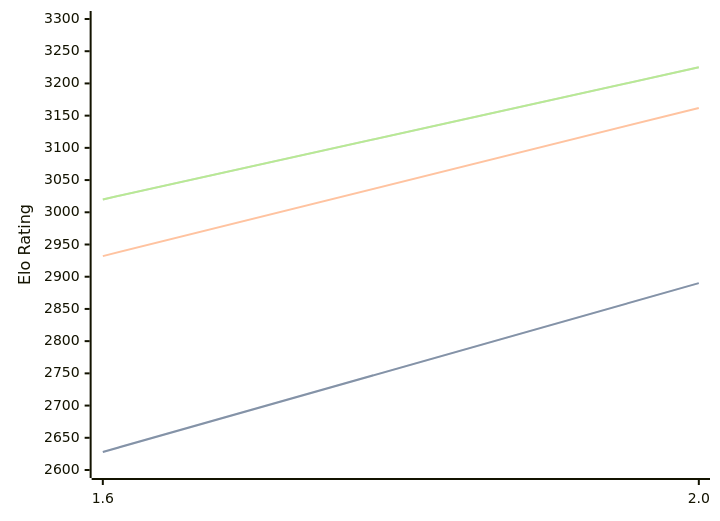
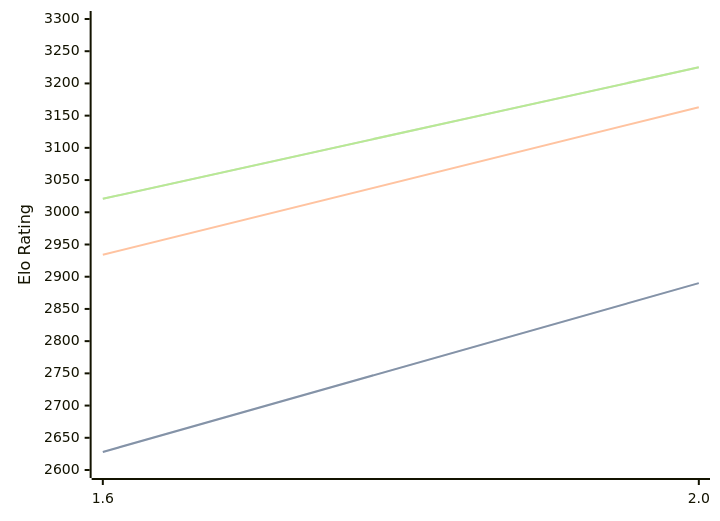
Before and after one commit to computer-chess-index/cci: the diagram in engines/Onyx.md, drawn with Mermaid. The commit also changed other lines of this file, not shown here.

Commit message:
Update CCI Ratings (ELO VLTC) - 2026-09-05

````diff
--- a/engines/Onyx.md
+++ b/engines/Onyx.md
@@ -32,11 +32,11 @@
 ```mermaid
 %%{init: {"theme":"base","themeVariables":{"seriesColors:['#a3a3a3','#222221','#faa371']}}}%%
 xychart-beta
   x-axis ["1.6", "2.0"]
   y-axis "Elo Rating" 2600 --> 3300
   line "" [2628, 2890]
   line "STC (8.0+0.08s)" [2628, 2890]
-  line "LTC (60.0+0.60s)" [2932, 3162]
-  line "" [3020, 3225]
-  line "VLTC (2m24s+1.12s)" [3020, 3225]
+  line "LTC (60.0+0.60s)" [2934, 3163]
+  line "" [3021, 3225]
+  line "VLTC (2m24s+1.12s)" [3021, 3225]
 ```
````
